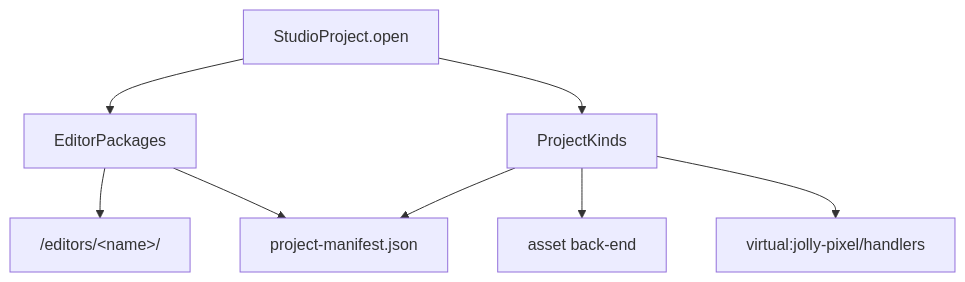
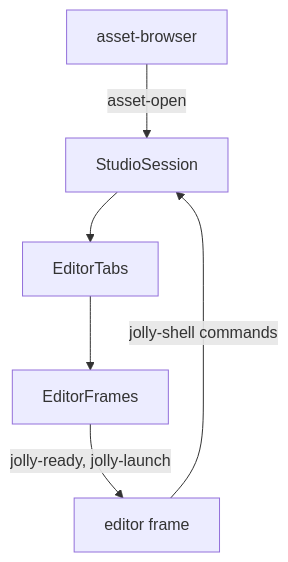
Before and after one commit to JollyPixel/editor: the third of 6 diagrams in packages/studio/ARCHITECTURE.md, drawn with Mermaid. The commit also changed other lines of this file, not shown here.

Commit message:
chore(studio): revamp ARCHITECTURE.md

````diff
--- a/packages/studio/ARCHITECTURE.md
+++ b/packages/studio/ARCHITECTURE.md
@@ -29,17 +37,8 @@
 ```mermaid
 flowchart TB
-  Open["StudioProject.open"]
-  Editors["EditorPackages"]
-  Kinds["ProjectKinds"]
-  Pages["/editors/&lt;name&gt;/"]
-  Manifest["project-manifest.json"]
-  Backend["asset back-end"]
-  Handlers["virtual:jolly-pixel/handlers"]
-  Open --> Editors
-  Open --> Kinds
-  Editors --> Pages
-  Editors --> Manifest
-  Kinds --> Manifest
-  Kinds --> Backend
-  Kinds --> Handlers
+    Browser["asset-browser"] -->|"asset-open"| Session["StudioSession"]
+    Session --> Tabs["EditorTabs"]
+    Tabs --> Frames["EditorFrames"]
+    Frames -->|"jolly-ready, jolly-launch"| Frame["editor frame"]
+    Frame -->|"jolly-shell commands"| Session
 ```
````
